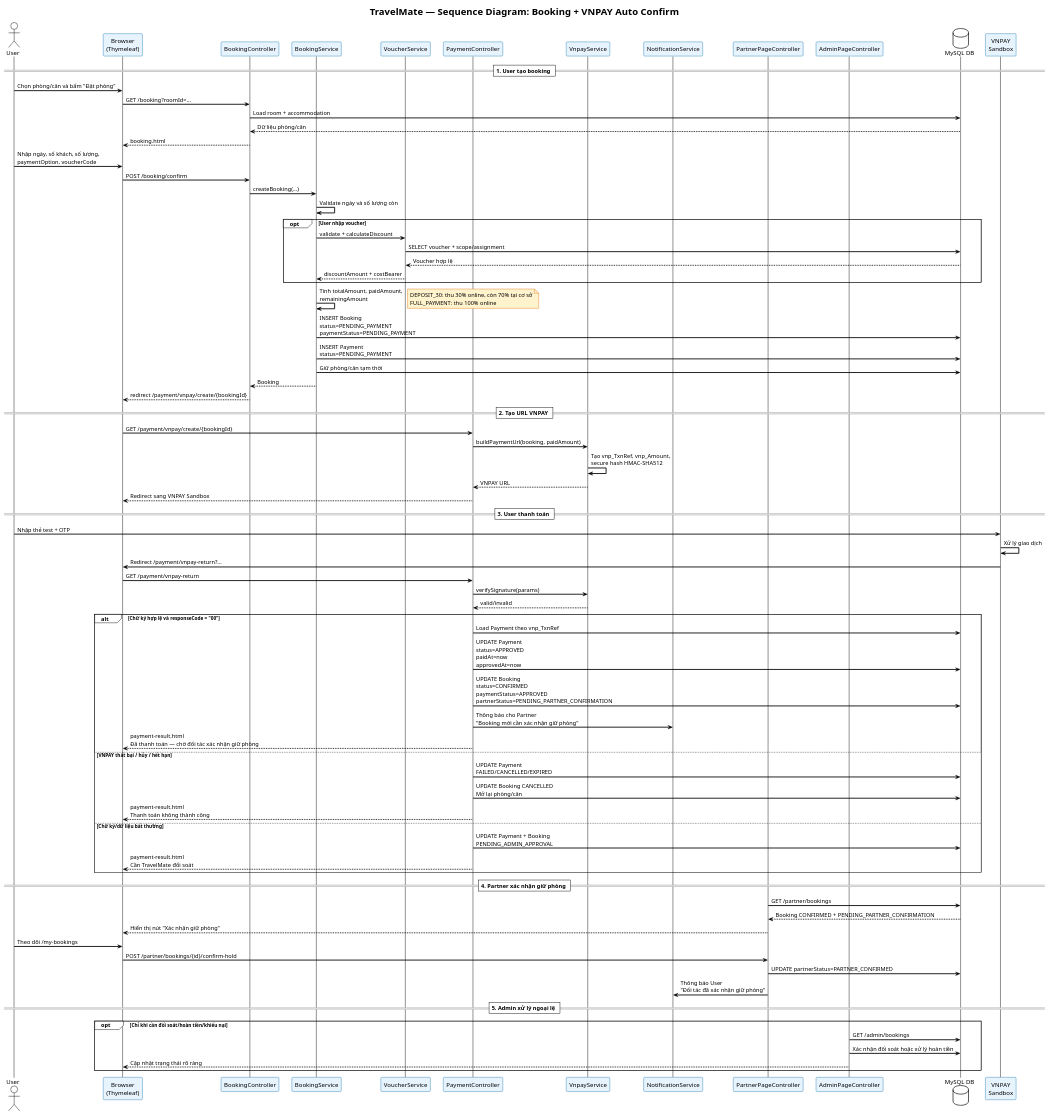
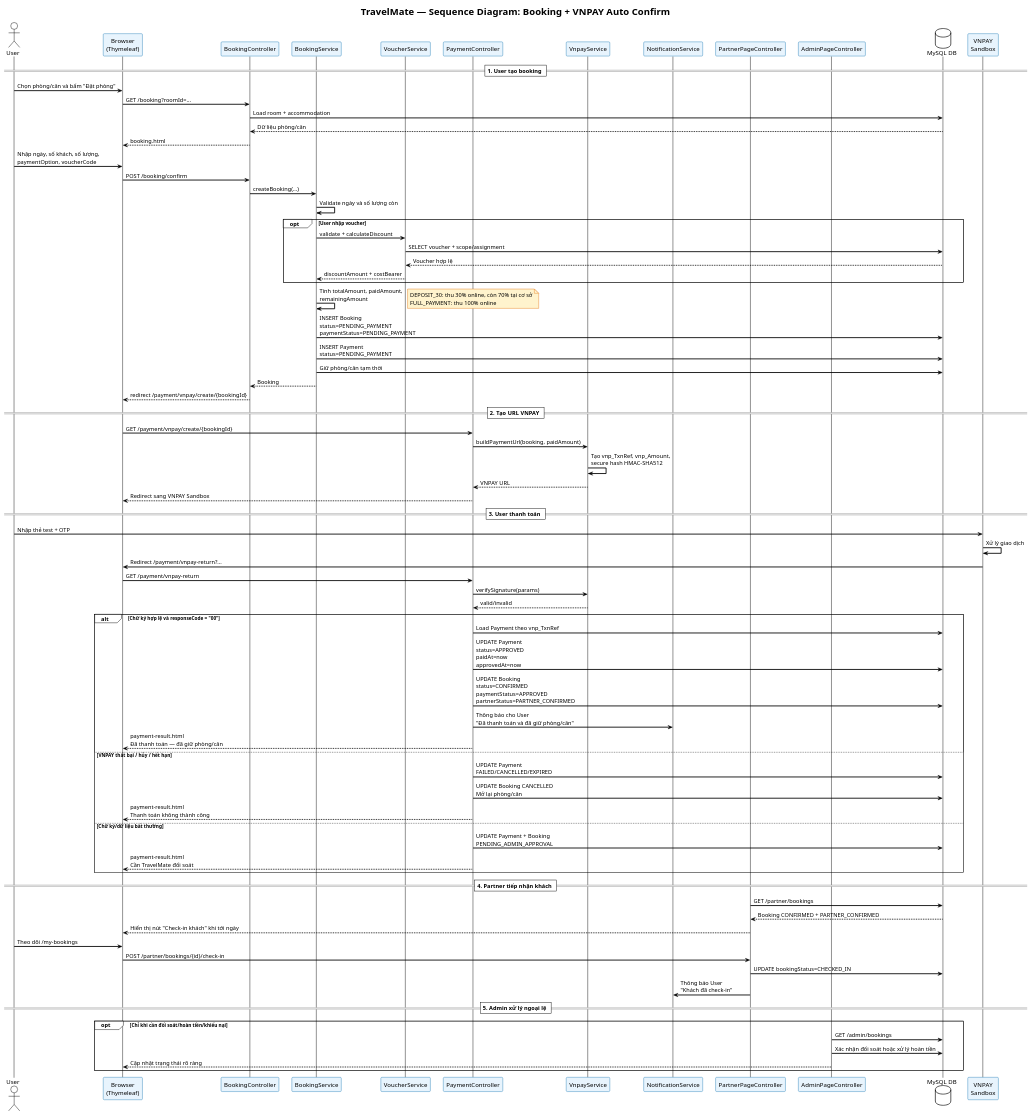
Before and after one commit to baoneee28/TravelMate: the diagram in travelmate/docs/05_Sequence_Booking_Payment.puml, drawn with PlantUML. The commit also changed 130 other files, not shown here.

```diff
--- a/travelmate/docs/05_Sequence_Booking_Payment.puml
+++ b/travelmate/docs/05_Sequence_Booking_Payment.puml
@@ -1,108 +1,108 @@
 @startuml TravelMate_Sequence_Booking_Payment
 !theme plain
 skinparam sequenceArrowThickness 2
 skinparam sequenceParticipantBorderColor #2980B9
 skinparam sequenceParticipantBackgroundColor #E8F4FD
 skinparam noteBorderColor #E67E22
 skinparam noteBackgroundColor #FFF3CD
 
 title TravelMate — Sequence Diagram: Booking + VNPAY Auto Confirm
 
 actor "User" as User
 participant "Browser\n(Thymeleaf)" as Browser
 participant "BookingController" as BookingCtrl
 participant "BookingService" as BookingSvc
 participant "VoucherService" as VoucherSvc
 participant "PaymentController" as PayCtrl
 participant "VnpayService" as VnpaySvc
 participant "NotificationService" as NotifySvc
 participant "PartnerPageController" as PartnerCtrl
 participant "AdminPageController" as AdminCtrl
 database "MySQL DB" as DB
 participant "VNPAY\nSandbox" as VNPAY
 
 == 1. User tạo booking ==
 
 User -> Browser : Chọn phòng/căn và bấm "Đặt phòng"
 Browser -> BookingCtrl : GET /booking?roomId=...
 BookingCtrl -> DB : Load room + accommodation
 DB --> BookingCtrl : Dữ liệu phòng/căn
 BookingCtrl --> Browser : booking.html
 
 User -> Browser : Nhập ngày, số khách, số lượng,\npaymentOption, voucherCode
 Browser -> BookingCtrl : POST /booking/confirm
 BookingCtrl -> BookingSvc : createBooking(...)
 
 BookingSvc -> BookingSvc : Validate ngày và số lượng còn
 opt User nhập voucher
     BookingSvc -> VoucherSvc : validate + calculateDiscount
     VoucherSvc -> DB : SELECT voucher + scope/assignment
     DB --> VoucherSvc : Voucher hợp lệ
     VoucherSvc --> BookingSvc : discountAmount + costBearer
 end
 
 BookingSvc -> BookingSvc : Tính totalAmount, paidAmount,\nremainingAmount
 note right
 DEPOSIT_30: thu 30% online, còn 70% tại cơ sở
 FULL_PAYMENT: thu 100% online
 end note
 
 BookingSvc -> DB : INSERT Booking\nstatus=PENDING_PAYMENT\npaymentStatus=PENDING_PAYMENT
 BookingSvc -> DB : INSERT Payment\nstatus=PENDING_PAYMENT
 BookingSvc -> DB : Giữ phòng/căn tạm thời
 BookingSvc --> BookingCtrl : Booking
 BookingCtrl --> Browser : redirect /payment/vnpay/create/{bookingId}
 
 == 2. Tạo URL VNPAY ==
 
 Browser -> PayCtrl : GET /payment/vnpay/create/{bookingId}
 PayCtrl -> VnpaySvc : buildPaymentUrl(booking, paidAmount)
 VnpaySvc -> VnpaySvc : Tạo vnp_TxnRef, vnp_Amount,\nsecure hash HMAC-SHA512
 VnpaySvc --> PayCtrl : VNPAY URL
 PayCtrl --> Browser : Redirect sang VNPAY Sandbox
 
 == 3. User thanh toán ==
 
 User -> VNPAY : Nhập thẻ test + OTP
 VNPAY -> VNPAY : Xử lý giao dịch
 VNPAY -> Browser : Redirect /payment/vnpay-return?...
 Browser -> PayCtrl : GET /payment/vnpay-return
 
 PayCtrl -> VnpaySvc : verifySignature(params)
 VnpaySvc --> PayCtrl : valid/invalid
 
 alt Chữ ký hợp lệ và responseCode = "00"
     PayCtrl -> DB : Load Payment theo vnp_TxnRef
     PayCtrl -> DB : UPDATE Payment\nstatus=APPROVED\npaidAt=now\napprovedAt=now
-    PayCtrl -> DB : UPDATE Booking\nstatus=CONFIRMED\npaymentStatus=APPROVED\npartnerStatus=PENDING_PARTNER_CONFIRMATION
-    PayCtrl -> NotifySvc : Thông báo cho Partner\n"Booking mới cần xác nhận giữ phòng"
-    PayCtrl --> Browser : payment-result.html\nĐã thanh toán — chờ đối tác xác nhận giữ phòng
+    PayCtrl -> DB : UPDATE Booking\nstatus=CONFIRMED\npaymentStatus=APPROVED\npartnerStatus=PARTNER_CONFIRMED
+    PayCtrl -> NotifySvc : Thông báo cho User\n"Đã thanh toán và đã giữ phòng/căn"
+    PayCtrl --> Browser : payment-result.html\nĐã thanh toán — đã giữ phòng/căn
 else VNPAY thất bại / hủy / hết hạn
     PayCtrl -> DB : UPDATE Payment\nFAILED/CANCELLED/EXPIRED
     PayCtrl -> DB : UPDATE Booking CANCELLED\nMở lại phòng/căn
     PayCtrl --> Browser : payment-result.html\nThanh toán không thành công
 else Chữ ký/dữ liệu bất thường
     PayCtrl -> DB : UPDATE Payment + Booking\nPENDING_ADMIN_APPROVAL
     PayCtrl --> Browser : payment-result.html\nCần TravelMate đối soát
 end
 
-== 4. Partner xác nhận giữ phòng ==
+== 4. Partner tiếp nhận khách ==
 
 PartnerCtrl -> DB : GET /partner/bookings
-DB --> PartnerCtrl : Booking CONFIRMED + PENDING_PARTNER_CONFIRMATION
-PartnerCtrl --> Browser : Hiển thị nút "Xác nhận giữ phòng"
+DB --> PartnerCtrl : Booking CONFIRMED + PARTNER_CONFIRMED
+PartnerCtrl --> Browser : Hiển thị nút "Check-in khách" khi tới ngày
 User -> Browser : Theo dõi /my-bookings
 
-Browser -> PartnerCtrl : POST /partner/bookings/{id}/confirm-hold
-PartnerCtrl -> DB : UPDATE partnerStatus=PARTNER_CONFIRMED
-PartnerCtrl -> NotifySvc : Thông báo User\n"Đối tác đã xác nhận giữ phòng"
+Browser -> PartnerCtrl : POST /partner/bookings/{id}/check-in
+PartnerCtrl -> DB : UPDATE bookingStatus=CHECKED_IN
+PartnerCtrl -> NotifySvc : Thông báo User\n"Khách đã check-in"
 
 == 5. Admin xử lý ngoại lệ ==
 
 opt Chỉ khi cần đối soát/hoàn tiền/khiếu nại
     AdminCtrl -> DB : GET /admin/bookings
     AdminCtrl -> DB : Xác nhận đối soát hoặc xử lý hoàn tiền
     AdminCtrl --> Browser : Cập nhật trạng thái rõ ràng
 end
 
 @enduml
```
